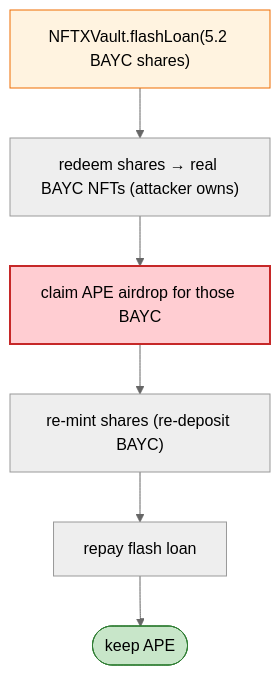
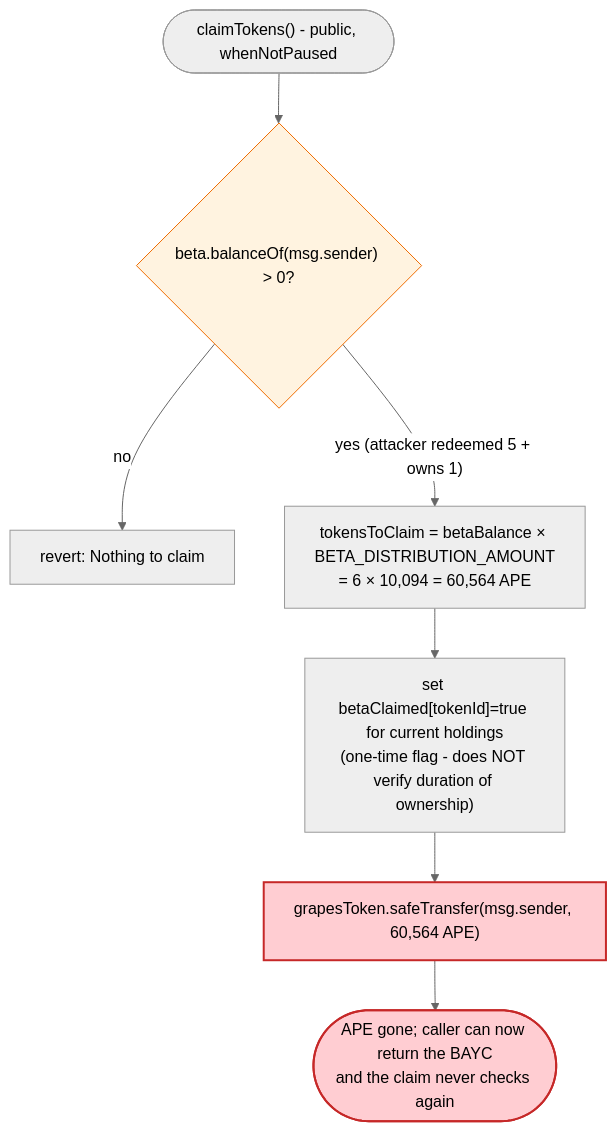
Before and after one commit to sanbir/evm-hack-registry: the third of 4 diagrams in 2022-05-Bayc_apecoin_exp/Bayc_apecoin_exp.md, drawn with Mermaid (neutral theme). The commit also changed other lines of this file and 52 other files, not shown here.

````diff
--- a/2022-05-Bayc_apecoin_exp/Bayc_apecoin_exp.md
+++ b/2022-05-Bayc_apecoin_exp/Bayc_apecoin_exp.md
@@ -46,12 +280,13 @@
 ```mermaid
 flowchart TD
-    FL["NFTXVault.flashLoan(5.2 BAYC shares)"] --> RD["redeem shares → real BAYC NFTs (attacker owns)"]
-    RD --> CL["claim APE airdrop for those BAYC"]
-    CL --> RE["re-mint shares (re-deposit BAYC)"]
-    RE --> RP["repay flash loan"]
-    RP --> OUT(["keep APE"])
+    Start(["claimTokens() - public, whenNotPaused"]) --> Chk{"beta.balanceOf(msg.sender) > 0?"}
+    Chk -- "no" --> Rev["revert: Nothing to claim"]
+    Chk -- "yes (attacker redeemed 5 + owns 1)" --> Qty["tokensToClaim = betaBalance × BETA_DISTRIBUTION_AMOUNT<br/>= 6 × 10,094 = 60,564 APE"]
+    Qty --> Flag["set betaClaimed[tokenId]=true for current holdings<br/>(one-time flag - does NOT verify duration of ownership)"]
+    Flag --> Pay["grapesToken.safeTransfer(msg.sender, 60,564 APE)"]
+    Pay --> Done(["APE gone; caller can now return the BAYC<br/>and the claim never checks again"])
 
-    style FL fill:#fff3e0,stroke:#ef6c00
-    style CL fill:#ffcdd2,stroke:#c62828,stroke-width:2px
-    style OUT fill:#c8e6c9,stroke:#2e7d32
+    style Pay fill:#ffcdd2,stroke:#c62828,stroke-width:2px
+    style Done fill:#ffcdd2,stroke:#c62828,stroke-width:2px
+    style Chk fill:#fff3e0,stroke:#ef6c00
 ```
````
